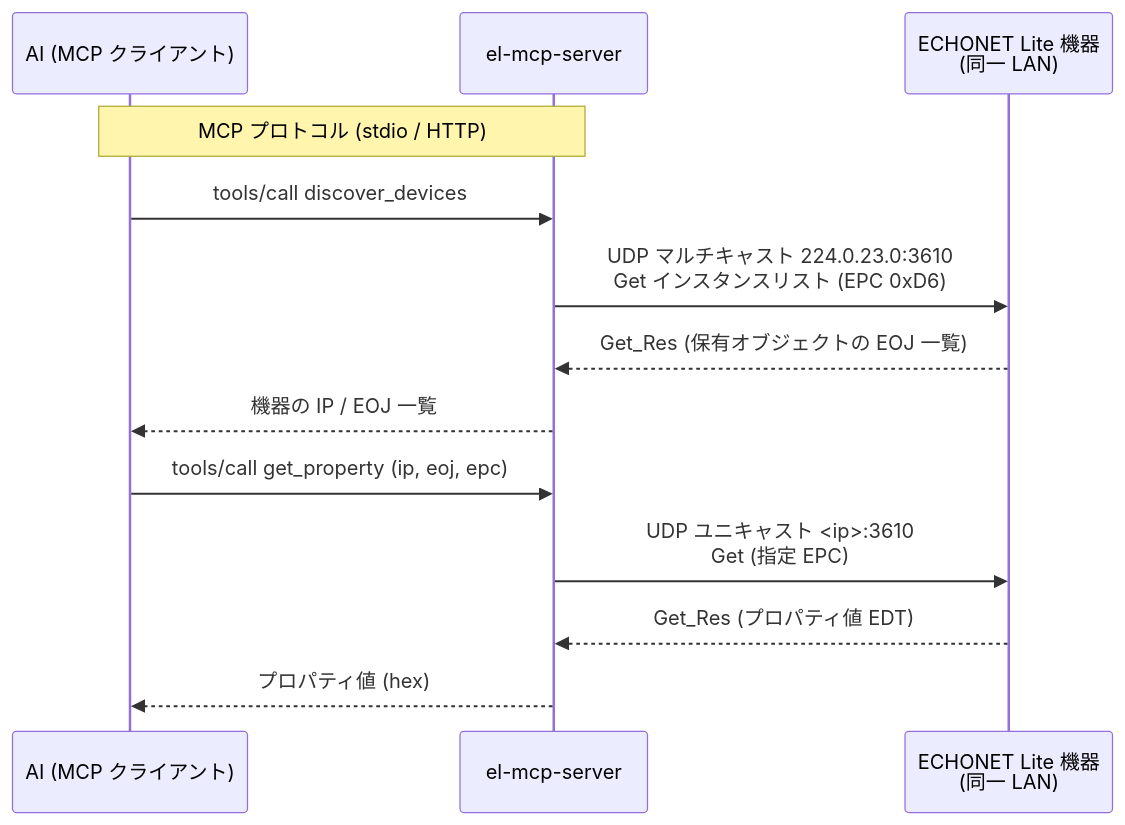
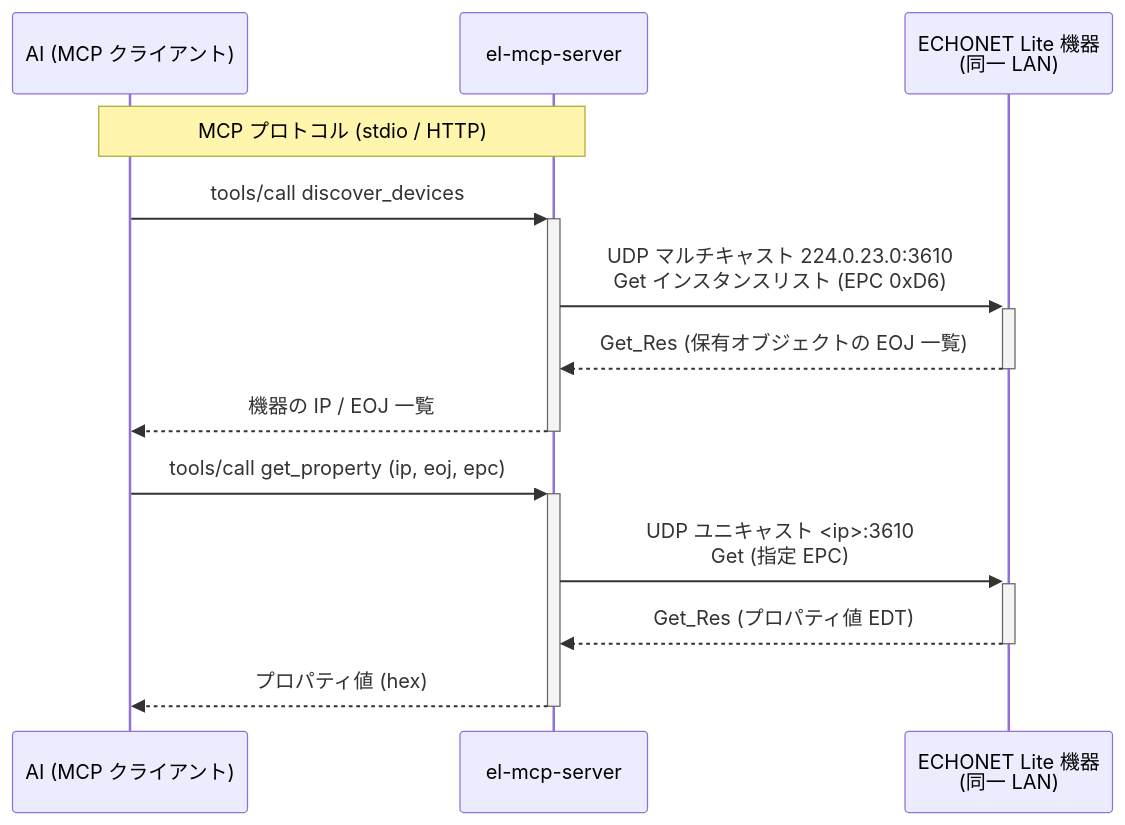
Before and after one commit to thekuwayama/el-mcp-server: the second of 3 diagrams in README.md, drawn with Mermaid. The commit also changed other lines of this file, not shown here.

Commit message:
Add activation boxes to all mermaid sequence diagrams

````diff
--- a/README.md
+++ b/README.md
@@ -60,18 +60,18 @@
 ```mermaid
 sequenceDiagram
     participant AI as AI (MCP クライアント)
     participant S as el-mcp-server
     participant D as ECHONET Lite 機器<br/>(同一 LAN)
 
     Note over AI,S: MCP プロトコル (stdio / HTTP)
 
-    AI->>S: tools/call discover_devices
-    S->>D: UDP マルチキャスト 224.0.23.0:3610<br/>Get インスタンスリスト (EPC 0xD6)
-    D-->>S: Get_Res (保有オブジェクトの EOJ 一覧)
-    S-->>AI: 機器の IP / EOJ 一覧
+    AI->>+S: tools/call discover_devices
+    S->>+D: UDP マルチキャスト 224.0.23.0:3610<br/>Get インスタンスリスト (EPC 0xD6)
+    D-->>-S: Get_Res (保有オブジェクトの EOJ 一覧)
+    S-->>-AI: 機器の IP / EOJ 一覧
 
-    AI->>S: tools/call get_property (ip, eoj, epc)
-    S->>D: UDP ユニキャスト <ip>:3610<br/>Get (指定 EPC)
-    D-->>S: Get_Res (プロパティ値 EDT)
-    S-->>AI: プロパティ値 (hex)
+    AI->>+S: tools/call get_property (ip, eoj, epc)
+    S->>+D: UDP ユニキャスト <ip>:3610<br/>Get (指定 EPC)
+    D-->>-S: Get_Res (プロパティ値 EDT)
+    S-->>-AI: プロパティ値 (hex)
 ```
````
